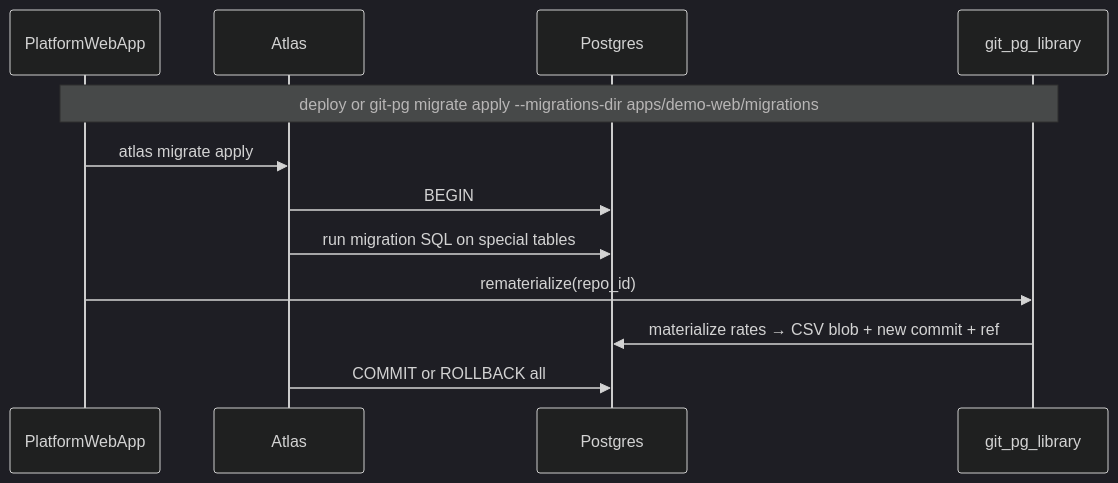
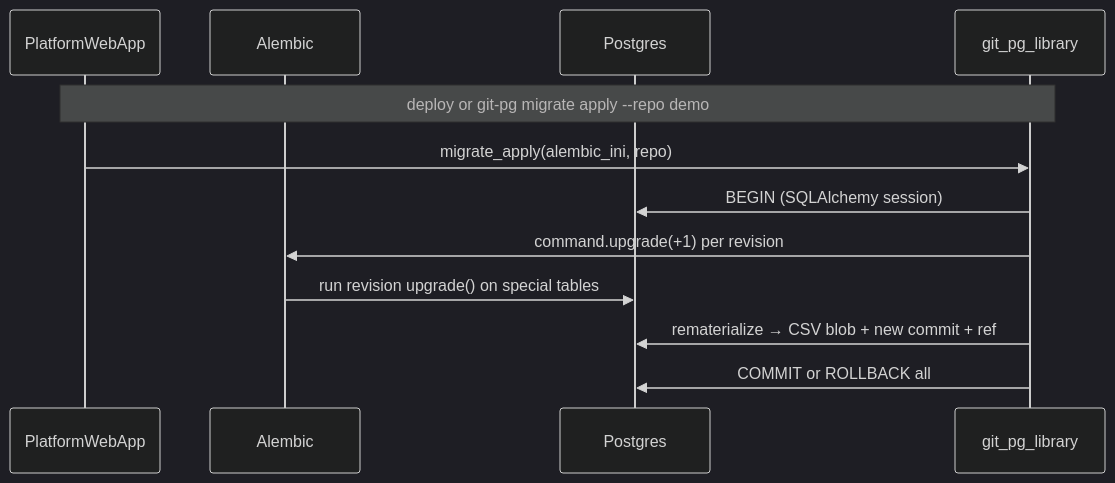
The second of 4 diagrams in docs/SPEC.md (WorldReplica/git-pg), drawn with Mermaid (dark theme) before and after one commit. The commit also changed other lines of this file and 47 other files, not shown here.

First line of the commit message:
Implement Postgres-backed git sandboxes with Alembic migrations and warm cache.

````diff
--- a/docs/SPEC.md
+++ b/docs/SPEC.md
@@ -433,15 +451,15 @@
 ```mermaid
 sequenceDiagram
   participant WebApp as PlatformWebApp
-  participant Atlas
+  participant Alembic
   participant PG as Postgres
   participant GitPg as git_pg_library
 
-  Note over WebApp,GitPg: deploy or git-pg migrate apply --migrations-dir apps/demo-web/migrations
-  WebApp->>Atlas: atlas migrate apply
-  Atlas->>PG: BEGIN
-  Atlas->>PG: run migration SQL on special tables
-  WebApp->>GitPg: rematerialize(repo_id)
-  GitPg->>PG: materialize rates → CSV blob + new commit + ref
-  Atlas->>PG: COMMIT or ROLLBACK all
+  Note over WebApp,GitPg: deploy or git-pg migrate apply --repo demo
+  WebApp->>GitPg: migrate_apply(alembic_ini, repo)
+  GitPg->>PG: BEGIN (SQLAlchemy session)
+  GitPg->>Alembic: command.upgrade(+1) per revision
+  Alembic->>PG: run revision upgrade() on special tables
+  GitPg->>PG: rematerialize → CSV blob + new commit + ref
+  GitPg->>PG: COMMIT or ROLLBACK all
 ```
````
